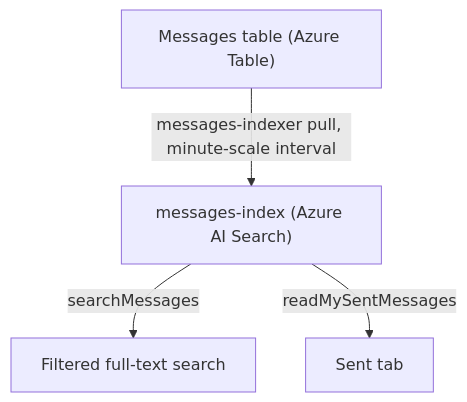
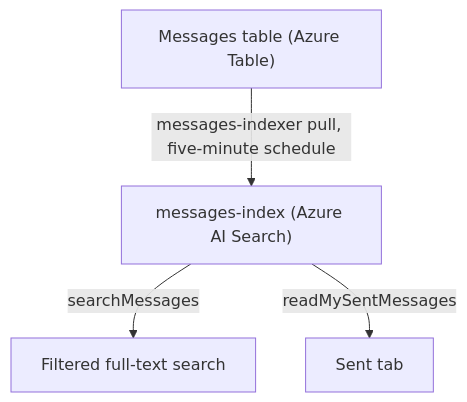
The first of 2 diagrams in apps/web/content/docs/architecture/azure-services.md (Esposter/Esposter), drawn with Mermaid before and after one commit. The commit also changed other lines of this file and 6 other files, not shown here.

First line of the commit message:
docs(architecture): the search indexer states its managed schedule, the nuxt-security page links the admission rule, the fleet reference points at review-queue for sync, and auth, browser-execution and build-pipeline drop their history

````diff
--- a/apps/web/content/docs/architecture/azure-services.md
+++ b/apps/web/content/docs/architecture/azure-services.md
@@ -61,6 +61,6 @@
 ```mermaid
 flowchart TD
-  MT["Messages table (Azure Table)"] -->|"messages-indexer pull, minute-scale interval"| IDX["messages-index (Azure AI Search)"]
+  MT["Messages table (Azure Table)"] -->|"messages-indexer pull, five-minute schedule"| IDX["messages-index (Azure AI Search)"]
   IDX -->|"searchMessages"| SM["Filtered full-text search"]
   IDX -->|"readMySentMessages"| SENT["Sent tab"]
 ```
````
